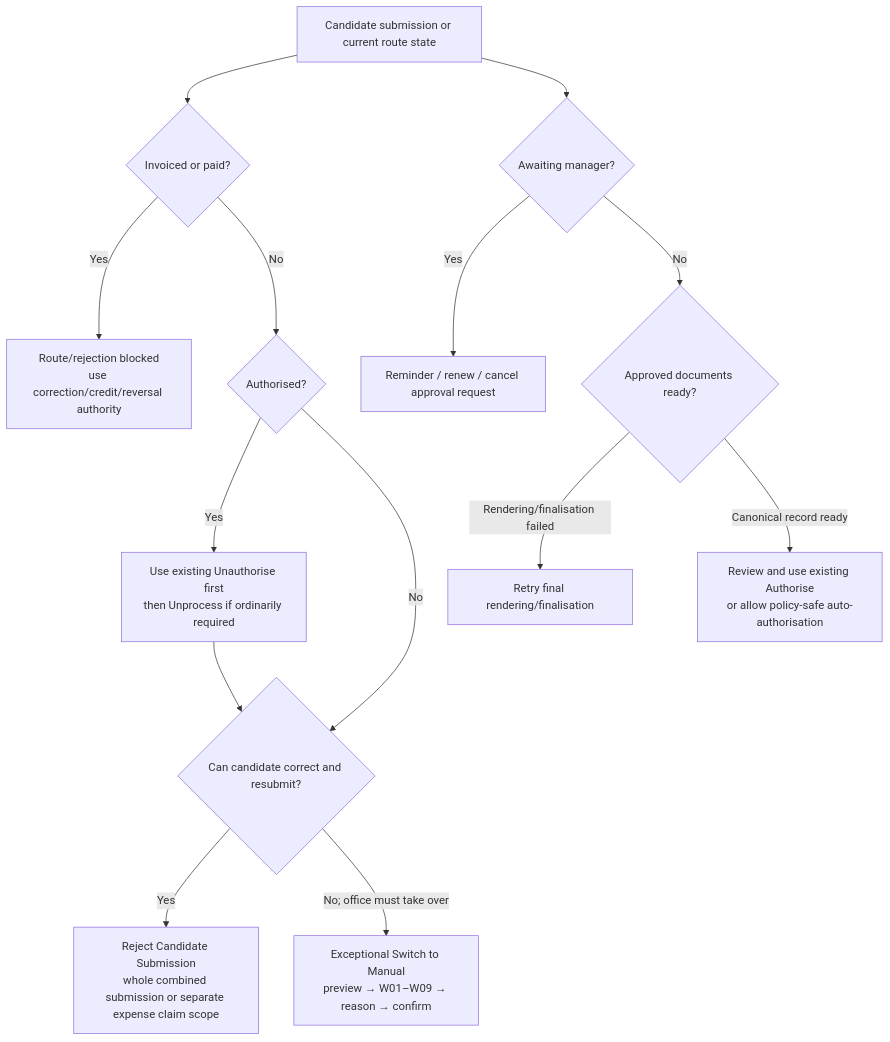
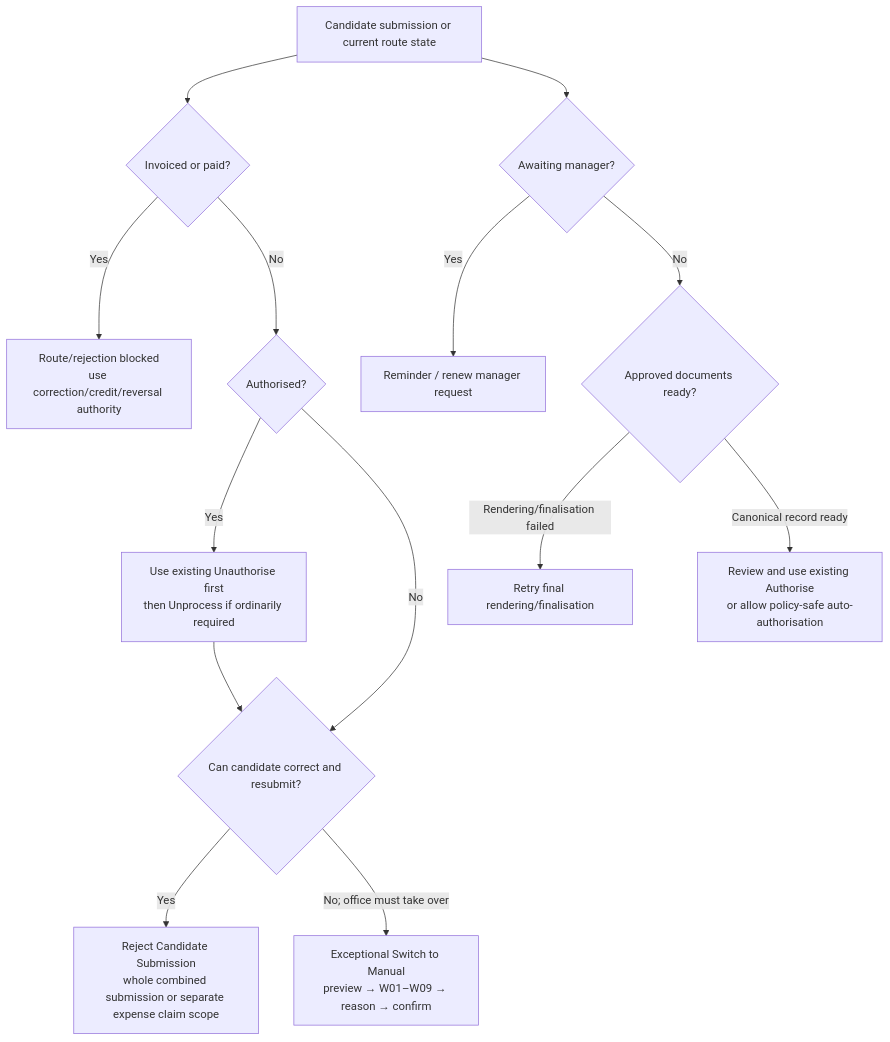
The third of 3 diagrams in docs/candidate-app/IMPLEMENTATION_PLAN.md (kierarthur/cloudtms-backend), drawn with Mermaid before and after one commit. The commit also changed other lines of this file and 6 other files, not shown here.

````diff
--- a/docs/candidate-app/IMPLEMENTATION_PLAN.md
+++ b/docs/candidate-app/IMPLEMENTATION_PLAN.md
@@ -496,29 +496,29 @@
 ```mermaid
 flowchart TD
   S["Candidate submission or current route state"]
   H{"Authorised?"}
   FIN{"Invoiced or paid?"}
   CAN{"Can candidate correct and resubmit?"}
   REJ["Reject Candidate Submission\nwhole combined submission or separate expense claim scope"]
   MAN["Exceptional Switch to Manual\npreview → W01–W09 → reason → confirm"]
   UNA["Use existing Unauthorise first\nthen Unprocess if ordinarily required"]
   BLOCK["Route/rejection blocked\nuse correction/credit/reversal authority"]
   WAIT{"Awaiting manager?"}
-  REM["Reminder / renew / cancel approval request"]
+  REM["Reminder / renew manager request"]
   DONE{"Approved documents ready?"}
   RETRY["Retry final rendering/finalisation"]
   AUTHZ["Review and use existing Authorise\nor allow policy-safe auto-authorisation"]
 
   S --> FIN
   FIN -- "Yes" --> BLOCK
   FIN -- "No" --> H
   H -- "Yes" --> UNA --> CAN
   H -- "No" --> CAN
   CAN -- "Yes" --> REJ
   CAN -- "No; office must take over" --> MAN
   S --> WAIT
   WAIT -- "Yes" --> REM
   WAIT -- "No" --> DONE
   DONE -- "Rendering/finalisation failed" --> RETRY
   DONE -- "Canonical record ready" --> AUTHZ
 ```
````
